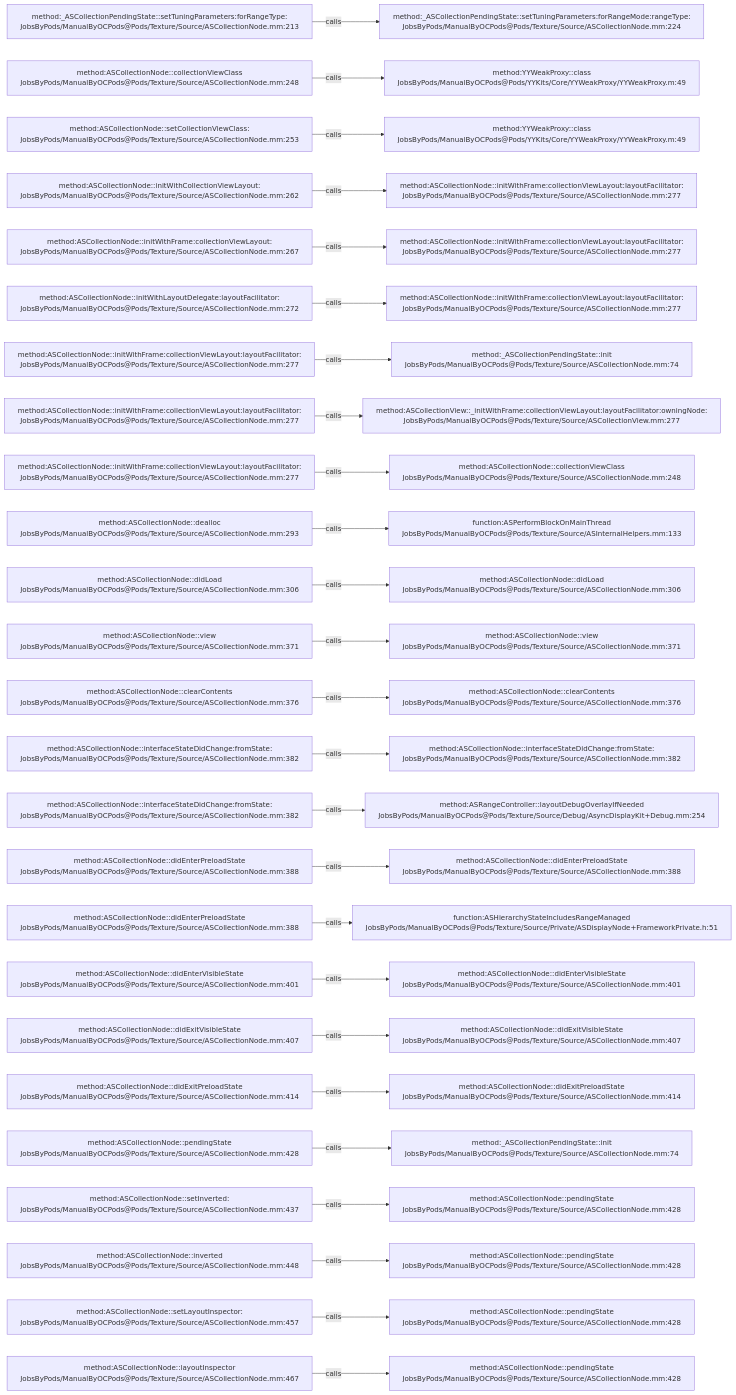
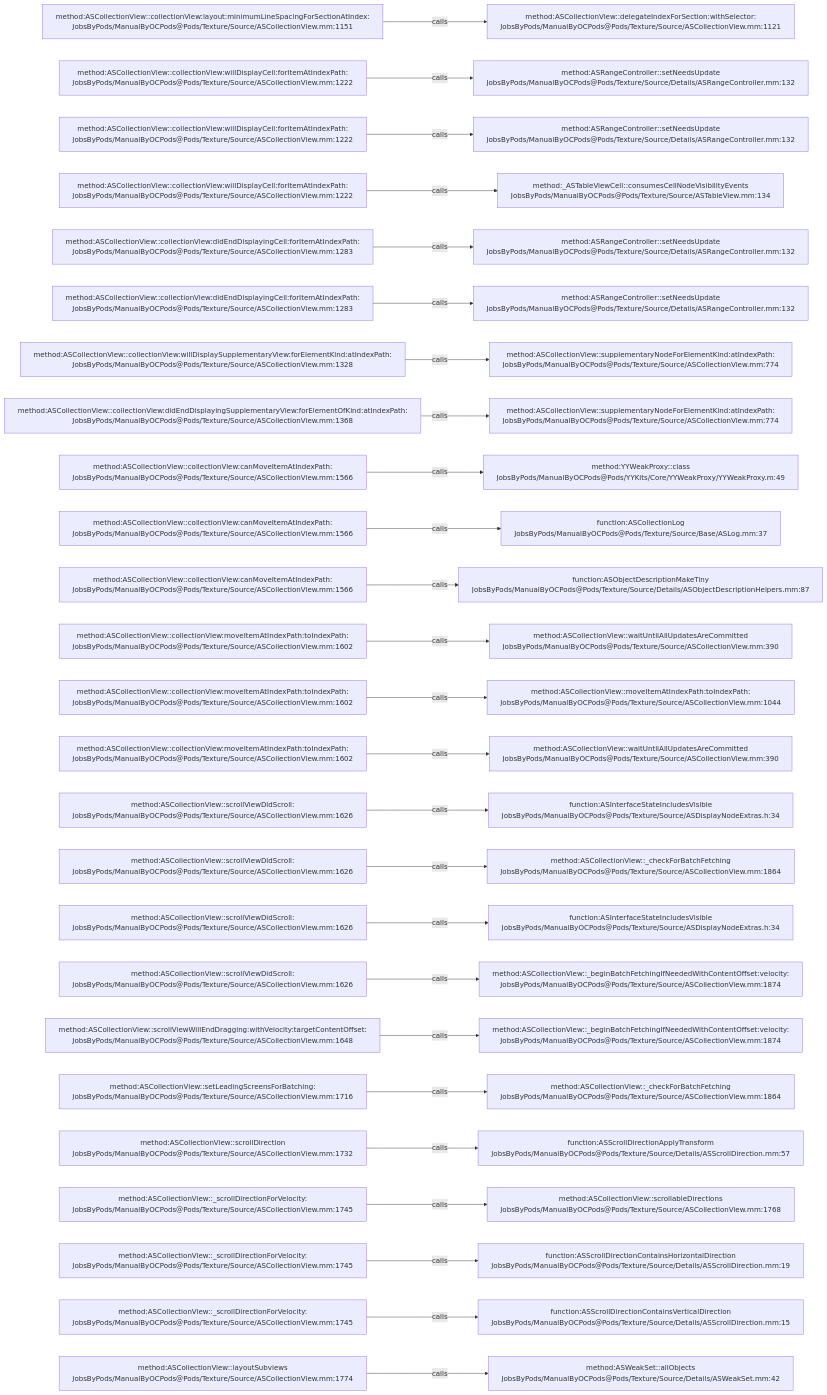
One commit to JobsKits/JobsOCBaseConfigDemo changed the diagram in .codegraph/codegraph.md/graphs/calls-074.md. Above: the diagram before and after it, drawn with Mermaid. The commit also changed 1448 other files, not shown here.

````diff
--- a/.codegraph/codegraph.md/graphs/calls-074.md
+++ b/.codegraph/codegraph.md/graphs/calls-074.md
@@ -13,78 +13,78 @@
 ```mermaid
 flowchart LR
-  S1["method:_ASCollectionPendingState::setTuningParameters:forRangeType:<br/>JobsByPods/ManualByOCPods@Pods/Texture/Source/ASCollectionNode.mm:213"]
-  T1["method:_ASCollectionPendingState::setTuningParameters:forRangeMode:rangeType:<br/>JobsByPods/ManualByOCPods@Pods/Texture/Source/ASCollectionNode.mm:224"]
+  S1["method:ASCollectionView::collectionView:layout:minimumLineSpacingForSectionAtIndex:<br/>JobsByPods/ManualByOCPods@Pods/Texture/Source/ASCollectionView.mm:1151"]
+  T1["method:ASCollectionView::delegateIndexForSection:withSelector:<br/>JobsByPods/ManualByOCPods@Pods/Texture/Source/ASCollectionView.mm:1121"]
   S1 -->|calls| T1
-  S2["method:ASCollectionNode::collectionViewClass<br/>JobsByPods/ManualByOCPods@Pods/Texture/Source/ASCollectionNode.mm:248"]
-  T2["method:YYWeakProxy::class<br/>JobsByPods/ManualByOCPods@Pods/YYKits/Core/YYWeakProxy/YYWeakProxy.m:49"]
+  S2["method:ASCollectionView::collectionView:willDisplayCell:forItemAtIndexPath:<br/>JobsByPods/ManualByOCPods@Pods/Texture/Source/ASCollectionView.mm:1222"]
+  T2["method:ASRangeController::setNeedsUpdate<br/>JobsByPods/ManualByOCPods@Pods/Texture/Source/Details/ASRangeController.mm:132"]
   S2 -->|calls| T2
-  S3["method:ASCollectionNode::setCollectionViewClass:<br/>JobsByPods/ManualByOCPods@Pods/Texture/Source/ASCollectionNode.mm:253"]
-  T3["method:YYWeakProxy::class<br/>JobsByPods/ManualByOCPods@Pods/YYKits/Core/YYWeakProxy/YYWeakProxy.m:49"]
+  S3["method:ASCollectionView::collectionView:willDisplayCell:forItemAtIndexPath:<br/>JobsByPods/ManualByOCPods@Pods/Texture/Source/ASCollectionView.mm:1222"]
+  T3["method:ASRangeController::setNeedsUpdate<br/>JobsByPods/ManualByOCPods@Pods/Texture/Source/Details/ASRangeController.mm:132"]
   S3 -->|calls| T3
-  S4["method:ASCollectionNode::initWithCollectionViewLayout:<br/>JobsByPods/ManualByOCPods@Pods/Texture/Source/ASCollectionNode.mm:262"]
-  T4["method:ASCollectionNode::initWithFrame:collectionViewLayout:layoutFacilitator:<br/>JobsByPods/ManualByOCPods@Pods/Texture/Source/ASCollectionNode.mm:277"]
+  S4["method:ASCollectionView::collectionView:willDisplayCell:forItemAtIndexPath:<br/>JobsByPods/ManualByOCPods@Pods/Texture/Source/ASCollectionView.mm:1222"]
+  T4["method:_ASTableViewCell::consumesCellNodeVisibilityEvents<br/>JobsByPods/ManualByOCPods@Pods/Texture/Source/ASTableView.mm:134"]
   S4 -->|calls| T4
-  S5["method:ASCollectionNode::initWithFrame:collectionViewLayout:<br/>JobsByPods/ManualByOCPods@Pods/Texture/Source/ASCollectionNode.mm:267"]
-  T5["method:ASCollectionNode::initWithFrame:collectionViewLayout:layoutFacilitator:<br/>JobsByPods/ManualByOCPods@Pods/Texture/Source/ASCollectionNode.mm:277"]
+  S5["method:ASCollectionView::collectionView:didEndDisplayingCell:forItemAtIndexPath:<br/>JobsByPods/ManualByOCPods@Pods/Texture/Source/ASCollectionView.mm:1283"]
+  T5["method:ASRangeController::setNeedsUpdate<br/>JobsByPods/ManualByOCPods@Pods/Texture/Source/Details/ASRangeController.mm:132"]
   S5 -->|calls| T5
-  S6["method:ASCollectionNode::initWithLayoutDelegate:layoutFacilitator:<br/>JobsByPods/ManualByOCPods@Pods/Texture/Source/ASCollectionNode.mm:272"]
-  T6["method:ASCollectionNode::initWithFrame:collectionViewLayout:layoutFacilitator:<br/>JobsByPods/ManualByOCPods@Pods/Texture/Source/ASCollectionNode.mm:277"]
+  S6["method:ASCollectionView::collectionView:didEndDisplayingCell:forItemAtIndexPath:<br/>JobsByPods/ManualByOCPods@Pods/Texture/Source/ASCollectionView.mm:1283"]
+  T6["method:ASRangeController::setNeedsUpdate<br/>JobsByPods/ManualByOCPods@Pods/Texture/Source/Details/ASRangeController.mm:132"]
   S6 -->|calls| T6
-  S7["method:ASCollectionNode::initWithFrame:collectionViewLayout:layoutFacilitator:<br/>JobsByPods/ManualByOCPods@Pods/Texture/Source/ASCollectionNode.mm:277"]
-  T7["method:_ASCollectionPendingState::init<br/>JobsByPods/ManualByOCPods@Pods/Texture/Source/ASCollectionNode.mm:74"]
+  S7["method:ASCollectionView::collectionView:willDisplaySupplementaryView:forElementKind:atIndexPath:<br/>JobsByPods/ManualByOCPods@Pods/Texture/Source/ASCollectionView.mm:1328"]
+  T7["method:ASCollectionView::supplementaryNodeForElementKind:atIndexPath:<br/>JobsByPods/ManualByOCPods@Pods/Texture/Source/ASCollectionView.mm:774"]
   S7 -->|calls| T7
-  S8["method:ASCollectionNode::initWithFrame:collectionViewLayout:layoutFacilitator:<br/>JobsByPods/ManualByOCPods@Pods/Texture/Source/ASCollectionNode.mm:277"]
-  T8["method:ASCollectionView::_initWithFrame:collectionViewLayout:layoutFacilitator:owningNode:<br/>JobsByPods/ManualByOCPods@Pods/Texture/Source/ASCollectionView.mm:277"]
+  S8["method:ASCollectionView::collectionView:didEndDisplayingSupplementaryView:forElementOfKind:atIndexPath:<br/>JobsByPods/ManualByOCPods@Pods/Texture/Source/ASCollectionView.mm:1368"]
+  T8["method:ASCollectionView::supplementaryNodeForElementKind:atIndexPath:<br/>JobsByPods/ManualByOCPods@Pods/Texture/Source/ASCollectionView.mm:774"]
   S8 -->|calls| T8
-  S9["method:ASCollectionNode::initWithFrame:collectionViewLayout:layoutFacilitator:<br/>JobsByPods/ManualByOCPods@Pods/Texture/Source/ASCollectionNode.mm:277"]
-  T9["method:ASCollectionNode::collectionViewClass<br/>JobsByPods/ManualByOCPods@Pods/Texture/Source/ASCollectionNode.mm:248"]
+  S9["method:ASCollectionView::collectionView:canMoveItemAtIndexPath:<br/>JobsByPods/ManualByOCPods@Pods/Texture/Source/ASCollectionView.mm:1566"]
+  T9["method:YYWeakProxy::class<br/>JobsByPods/ManualByOCPods@Pods/YYKits/Core/YYWeakProxy/YYWeakProxy.m:49"]
   S9 -->|calls| T9
-  S10["method:ASCollectionNode::dealloc<br/>JobsByPods/ManualByOCPods@Pods/Texture/Source/ASCollectionNode.mm:293"]
-  T10["function:ASPerformBlockOnMainThread<br/>JobsByPods/ManualByOCPods@Pods/Texture/Source/ASInternalHelpers.mm:133"]
+  S10["method:ASCollectionView::collectionView:canMoveItemAtIndexPath:<br/>JobsByPods/ManualByOCPods@Pods/Texture/Source/ASCollectionView.mm:1566"]
+  T10["function:ASCollectionLog<br/>JobsByPods/ManualByOCPods@Pods/Texture/Source/Base/ASLog.mm:37"]
   S10 -->|calls| T10
-  S11["method:ASCollectionNode::didLoad<br/>JobsByPods/ManualByOCPods@Pods/Texture/Source/ASCollectionNode.mm:306"]
-  T11["method:ASCollectionNode::didLoad<br/>JobsByPods/ManualByOCPods@Pods/Texture/Source/ASCollectionNode.mm:306"]
+  S11["method:ASCollectionView::collectionView:canMoveItemAtIndexPath:<br/>JobsByPods/ManualByOCPods@Pods/Texture/Source/ASCollectionView.mm:1566"]
+  T11["function:ASObjectDescriptionMakeTiny<br/>JobsByPods/ManualByOCPods@Pods/Texture/Source/Details/ASObjectDescriptionHelpers.mm:87"]
   S11 -->|calls| T11
-  S12["method:ASCollectionNode::view<br/>JobsByPods/ManualByOCPods@Pods/Texture/Source/ASCollectionNode.mm:371"]
-  T12["method:ASCollectionNode::view<br/>JobsByPods/ManualByOCPods@Pods/Texture/Source/ASCollectionNode.mm:371"]
+  S12["method:ASCollectionView::collectionView:moveItemAtIndexPath:toIndexPath:<br/>JobsByPods/ManualByOCPods@Pods/Texture/Source/ASCollectionView.mm:1602"]
+  T12["method:ASCollectionView::waitUntilAllUpdatesAreCommitted<br/>JobsByPods/ManualByOCPods@Pods/Texture/Source/ASCollectionView.mm:390"]
   S12 -->|calls| T12
-  S13["method:ASCollectionNode::clearContents<br/>JobsByPods/ManualByOCPods@Pods/Texture/Source/ASCollectionNode.mm:376"]
-  T13["method:ASCollectionNode::clearContents<br/>JobsByPods/ManualByOCPods@Pods/Texture/Source/ASCollectionNode.mm:376"]
+  S13["method:ASCollectionView::collectionView:moveItemAtIndexPath:toIndexPath:<br/>JobsByPods/ManualByOCPods@Pods/Texture/Source/ASCollectionView.mm:1602"]
+  T13["method:ASCollectionView::moveItemAtIndexPath:toIndexPath:<br/>JobsByPods/ManualByOCPods@Pods/Texture/Source/ASCollectionView.mm:1044"]
   S13 -->|calls| T13
-  S14["method:ASCollectionNode::interfaceStateDidChange:fromState:<br/>JobsByPods/ManualByOCPods@Pods/Texture/Source/ASCollectionNode.mm:382"]
-  T14["method:ASCollectionNode::interfaceStateDidChange:fromState:<br/>JobsByPods/ManualByOCPods@Pods/Texture/Source/ASCollectionNode.mm:382"]
+  S14["method:ASCollectionView::collectionView:moveItemAtIndexPath:toIndexPath:<br/>JobsByPods/ManualByOCPods@Pods/Texture/Source/ASCollectionView.mm:1602"]
+  T14["method:ASCollectionView::waitUntilAllUpdatesAreCommitted<br/>JobsByPods/ManualByOCPods@Pods/Texture/Source/ASCollectionView.mm:390"]
   S14 -->|calls| T14
-  S15["method:ASCollectionNode::interfaceStateDidChange:fromState:<br/>JobsByPods/ManualByOCPods@Pods/Texture/Source/ASCollectionNode.mm:382"]
-  T15["method:ASRangeController::layoutDebugOverlayIfNeeded<br/>JobsByPods/ManualByOCPods@Pods/Texture/Source/Debug/AsyncDisplayKit+Debug.mm:254"]
+  S15["method:ASCollectionView::scrollViewDidScroll:<br/>JobsByPods/ManualByOCPods@Pods/Texture/Source/ASCollectionView.mm:1626"]
+  T15["function:ASInterfaceStateIncludesVisible<br/>JobsByPods/ManualByOCPods@Pods/Texture/Source/ASDisplayNodeExtras.h:34"]
   S15 -->|calls| T15
-  S16["method:ASCollectionNode::didEnterPreloadState<br/>JobsByPods/ManualByOCPods@Pods/Texture/Source/ASCollectionNode.mm:388"]
-  T16["method:ASCollectionNode::didEnterPreloadState<br/>JobsByPods/ManualByOCPods@Pods/Texture/Source/ASCollectionNode.mm:388"]
+  S16["method:ASCollectionView::scrollViewDidScroll:<br/>JobsByPods/ManualByOCPods@Pods/Texture/Source/ASCollectionView.mm:1626"]
+  T16["method:ASCollectionView::_checkForBatchFetching<br/>JobsByPods/ManualByOCPods@Pods/Texture/Source/ASCollectionView.mm:1864"]
   S16 -->|calls| T16
-  S17["method:ASCollectionNode::didEnterPreloadState<br/>JobsByPods/ManualByOCPods@Pods/Texture/Source/ASCollectionNode.mm:388"]
-  T17["function:ASHierarchyStateIncludesRangeManaged<br/>JobsByPods/ManualByOCPods@Pods/Texture/Source/Private/ASDisplayNode+FrameworkPrivate.h:51"]
+  S17["method:ASCollectionView::scrollViewDidScroll:<br/>JobsByPods/ManualByOCPods@Pods/Texture/Source/ASCollectionView.mm:1626"]
+  T17["function:ASInterfaceStateIncludesVisible<br/>JobsByPods/ManualByOCPods@Pods/Texture/Source/ASDisplayNodeExtras.h:34"]
   S17 -->|calls| T17
-  S18["method:ASCollectionNode::didEnterVisibleState<br/>JobsByPods/ManualByOCPods@Pods/Texture/Source/ASCollectionNode.mm:401"]
-  T18["method:ASCollectionNode::didEnterVisibleState<br/>JobsByPods/ManualByOCPods@Pods/Texture/Source/ASCollectionNode.mm:401"]
+  S18["method:ASCollectionView::scrollViewDidScroll:<br/>JobsByPods/ManualByOCPods@Pods/Texture/Source/ASCollectionView.mm:1626"]
+  T18["method:ASCollectionView::_beginBatchFetchingIfNeededWithContentOffset:velocity:<br/>JobsByPods/ManualByOCPods@Pods/Texture/Source/ASCollectionView.mm:1874"]
   S18 -->|calls| T18
-  S19["method:ASCollectionNode::didExitVisibleState<br/>JobsByPods/ManualByOCPods@Pods/Texture/Source/ASCollectionNode.mm:407"]
-  T19["method:ASCollectionNode::didExitVisibleState<br/>JobsByPods/ManualByOCPods@Pods/Texture/Source/ASCollectionNode.mm:407"]
+  S19["method:ASCollectionView::scrollViewWillEndDragging:withVelocity:targetContentOffset:<br/>JobsByPods/ManualByOCPods@Pods/Texture/Source/ASCollectionView.mm:1648"]
+  T19["method:ASCollectionView::_beginBatchFetchingIfNeededWithContentOffset:velocity:<br/>JobsByPods/ManualByOCPods@Pods/Texture/Source/ASCollectionView.mm:1874"]
   S19 -->|calls| T19
-  S20["method:ASCollectionNode::didExitPreloadState<br/>JobsByPods/ManualByOCPods@Pods/Texture/Source/ASCollectionNode.mm:414"]
-  T20["method:ASCollectionNode::didExitPreloadState<br/>JobsByPods/ManualByOCPods@Pods/Texture/Source/ASCollectionNode.mm:414"]
+  S20["method:ASCollectionView::setLeadingScreensForBatching:<br/>JobsByPods/ManualByOCPods@Pods/Texture/Source/ASCollectionView.mm:1716"]
+  T20["method:ASCollectionView::_checkForBatchFetching<br/>JobsByPods/ManualByOCPods@Pods/Texture/Source/ASCollectionView.mm:1864"]
   S20 -->|calls| T20
-  S21["method:ASCollectionNode::pendingState<br/>JobsByPods/ManualByOCPods@Pods/Texture/Source/ASCollectionNode.mm:428"]
-  T21["method:_ASCollectionPendingState::init<br/>JobsByPods/ManualByOCPods@Pods/Texture/Source/ASCollectionNode.mm:74"]
+  S21["method:ASCollectionView::scrollDirection<br/>JobsByPods/ManualByOCPods@Pods/Texture/Source/ASCollectionView.mm:1732"]
+  T21["function:ASScrollDirectionApplyTransform<br/>JobsByPods/ManualByOCPods@Pods/Texture/Source/Details/ASScrollDirection.mm:57"]
   S21 -->|calls| T21
-  S22["method:ASCollectionNode::setInverted:<br/>JobsByPods/ManualByOCPods@Pods/Texture/Source/ASCollectionNode.mm:437"]
-  T22["method:ASCollectionNode::pendingState<br/>JobsByPods/ManualByOCPods@Pods/Texture/Source/ASCollectionNode.mm:428"]
+  S22["method:ASCollectionView::_scrollDirectionForVelocity:<br/>JobsByPods/ManualByOCPods@Pods/Texture/Source/ASCollectionView.mm:1745"]
+  T22["method:ASCollectionView::scrollableDirections<br/>JobsByPods/ManualByOCPods@Pods/Texture/Source/ASCollectionView.mm:1768"]
   S22 -->|calls| T22
-  S23["method:ASCollectionNode::inverted<br/>JobsByPods/ManualByOCPods@Pods/Texture/Source/ASCollectionNode.mm:448"]
-  T23["method:ASCollectionNode::pendingState<br/>JobsByPods/ManualByOCPods@Pods/Texture/Source/ASCollectionNode.mm:428"]
+  S23["method:ASCollectionView::_scrollDirectionForVelocity:<br/>JobsByPods/ManualByOCPods@Pods/Texture/Source/ASCollectionView.mm:1745"]
+  T23["function:ASScrollDirectionContainsHorizontalDirection<br/>JobsByPods/ManualByOCPods@Pods/Texture/Source/Details/ASScrollDirection.mm:19"]
   S23 -->|calls| T23
-  S24["method:ASCollectionNode::setLayoutInspector:<br/>JobsByPods/ManualByOCPods@Pods/Texture/Source/ASCollectionNode.mm:457"]
-  T24["method:ASCollectionNode::pendingState<br/>JobsByPods/ManualByOCPods@Pods/Texture/Source/ASCollectionNode.mm:428"]
+  S24["method:ASCollectionView::_scrollDirectionForVelocity:<br/>JobsByPods/ManualByOCPods@Pods/Texture/Source/ASCollectionView.mm:1745"]
+  T24["function:ASScrollDirectionContainsVerticalDirection<br/>JobsByPods/ManualByOCPods@Pods/Texture/Source/Details/ASScrollDirection.mm:15"]
   S24 -->|calls| T24
-  S25["method:ASCollectionNode::layoutInspector<br/>JobsByPods/ManualByOCPods@Pods/Texture/Source/ASCollectionNode.mm:467"]
-  T25["method:ASCollectionNode::pendingState<br/>JobsByPods/ManualByOCPods@Pods/Texture/Source/ASCollectionNode.mm:428"]
+  S25["method:ASCollectionView::layoutSubviews<br/>JobsByPods/ManualByOCPods@Pods/Texture/Source/ASCollectionView.mm:1774"]
+  T25["method:ASWeakSet::allObjects<br/>JobsByPods/ManualByOCPods@Pods/Texture/Source/Details/ASWeakSet.mm:42"]
   S25 -->|calls| T25
 ```
````
